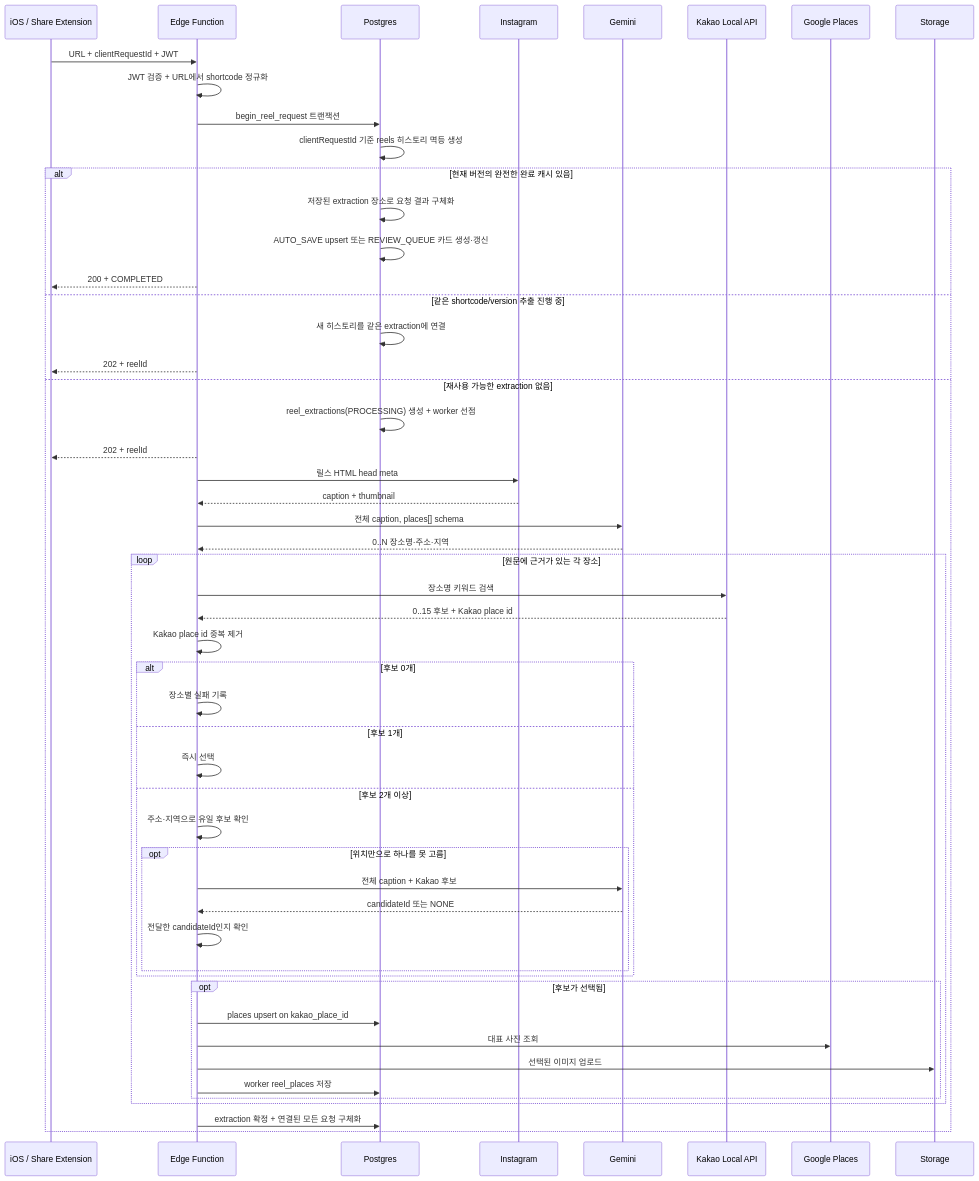
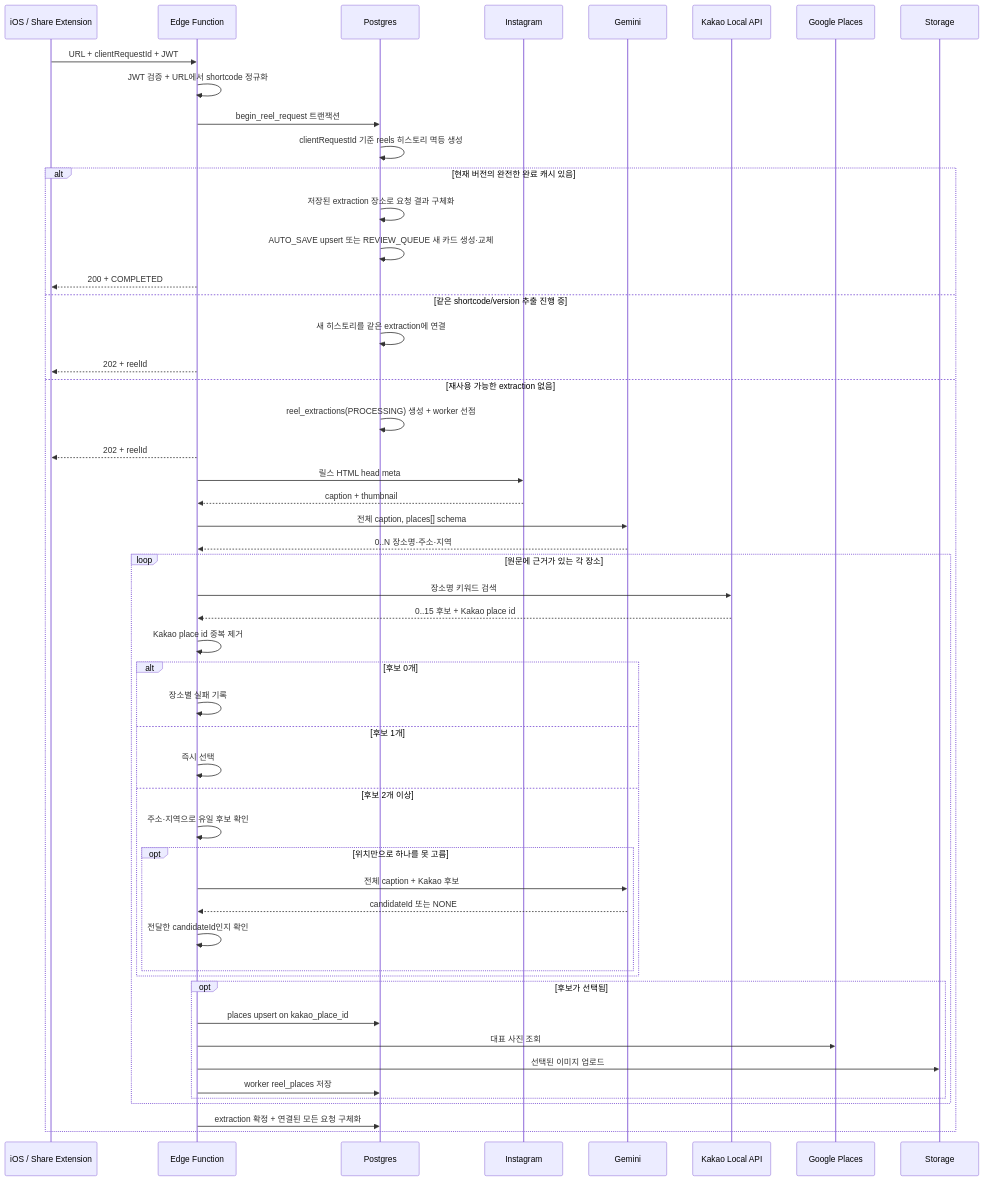
The diagram in docs/save-instagram-reel-flow.md (Jiihyun/yeogidam), drawn with Mermaid before and after one commit. The commit also changed other lines of this file and 7 other files, not shown here.

````diff
--- a/docs/save-instagram-reel-flow.md
+++ b/docs/save-instagram-reel-flow.md
@@ -31,55 +31,55 @@
 ```mermaid
 sequenceDiagram
     participant U as iOS / Share Extension
     participant F as Edge Function
     participant D as Postgres
     participant I as Instagram
     participant AI as Gemini
     participant K as Kakao Local API
     participant G as Google Places
     participant S as Storage
 
     U->>F: URL + clientRequestId + JWT
     F->>F: JWT 검증 + URL에서 shortcode 정규화
     F->>D: begin_reel_request 트랜잭션
     D->>D: clientRequestId 기준 reels 히스토리 멱등 생성
     alt 현재 버전의 완전한 완료 캐시 있음
         D->>D: 저장된 extraction 장소로 요청 결과 구체화
-        D->>D: AUTO_SAVE upsert 또는 REVIEW_QUEUE 카드 생성·갱신
+        D->>D: AUTO_SAVE upsert 또는 REVIEW_QUEUE 새 카드 생성·교체
         F-->>U: 200 + COMPLETED
     else 같은 shortcode/version 추출 진행 중
         D->>D: 새 히스토리를 같은 extraction에 연결
         F-->>U: 202 + reelId
     else 재사용 가능한 extraction 없음
         D->>D: reel_extractions(PROCESSING) 생성 + worker 선점
         F-->>U: 202 + reelId
         F->>I: 릴스 HTML head meta
         I-->>F: caption + thumbnail
         F->>AI: 전체 caption, places[] schema
         AI-->>F: 0..N 장소명·주소·지역
         loop 원문에 근거가 있는 각 장소
             F->>K: 장소명 키워드 검색
             K-->>F: 0..15 후보 + Kakao place id
             F->>F: Kakao place id 중복 제거
             alt 후보 0개
                 F->>F: 장소별 실패 기록
             else 후보 1개
                 F->>F: 즉시 선택
             else 후보 2개 이상
                 F->>F: 주소·지역으로 유일 후보 확인
                 opt 위치만으로 하나를 못 고름
                     F->>AI: 전체 caption + Kakao 후보
                     AI-->>F: candidateId 또는 NONE
                     F->>F: 전달한 candidateId인지 확인
                 end
             end
             opt 후보가 선택됨
                 F->>D: places upsert on kakao_place_id
                 F->>G: 대표 사진 조회
                 F->>S: 선택된 이미지 업로드
                 F->>D: worker reel_places 저장
             end
         end
         F->>D: extraction 확정 + 연결된 모든 요청 구체화
     end
 ```
````
